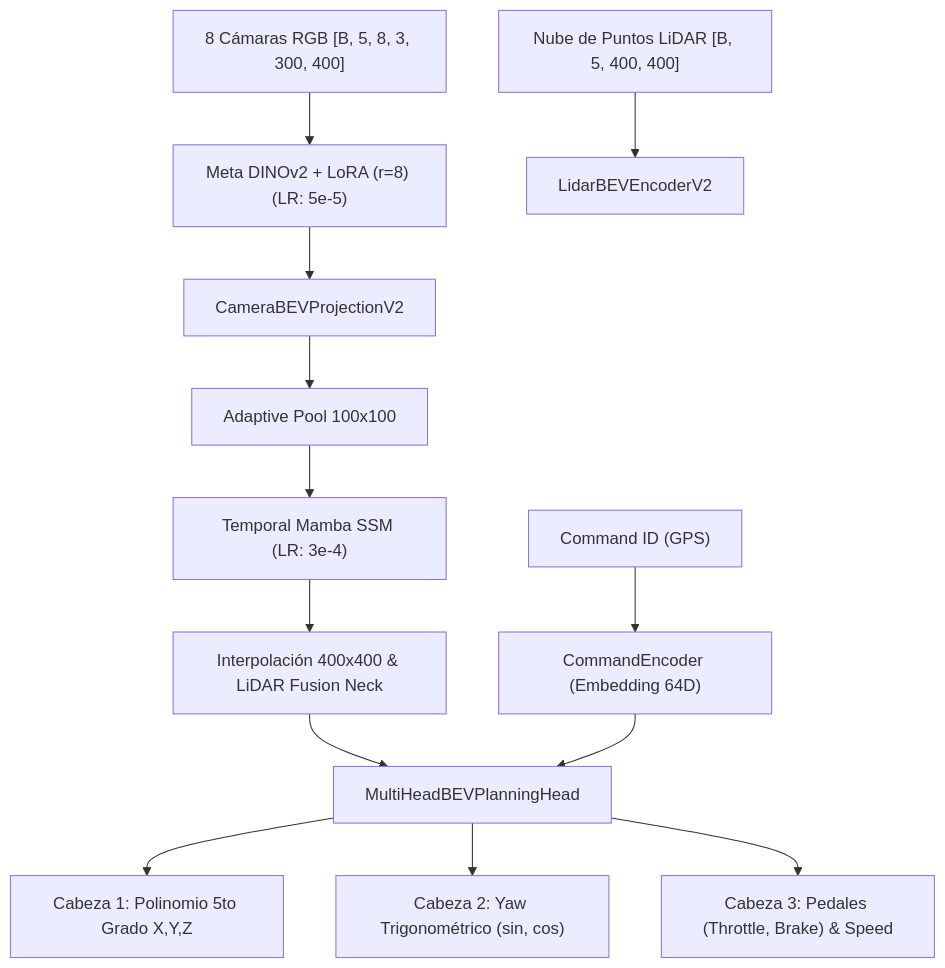
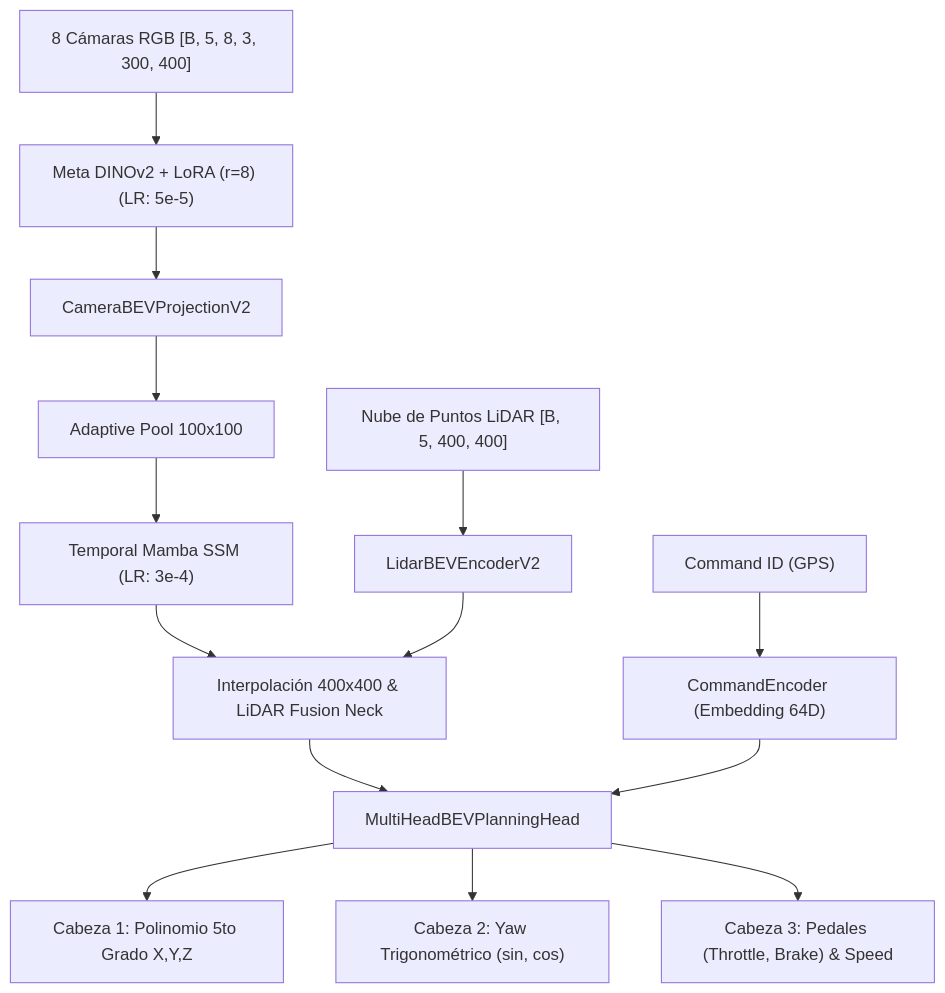
The diagram in experiments/Experiment4_NewFeatures/info.md (DiegoXAI-Shape/self-driving), drawn with Mermaid before and after one commit.

Commit message:
docs(experiments): Fix LidarBEVEncoderV2 connection in Experiment 4 info.md Mermaid diagram

````diff
--- a/experiments/Experiment4_NewFeatures/info.md
+++ b/experiments/Experiment4_NewFeatures/info.md
@@ -28,18 +28,19 @@
 ```mermaid
 graph TD
     A["8 Cámaras RGB [B, 5, 8, 3, 300, 400]"] --> B["Meta DINOv2 + LoRA (r=8) (LR: 5e-5)"]
     C["Nube de Puntos LiDAR [B, 5, 400, 400]"] --> D["LidarBEVEncoderV2"]
     E["Command ID (GPS)"] --> F["CommandEncoder (Embedding 64D)"]
     
     B --> G["CameraBEVProjectionV2"]
     G --> H["Adaptive Pool 100x100"]
     H --> I["Temporal Mamba SSM (LR: 3e-4)"]
     I --> J["Interpolación 400x400 & LiDAR Fusion Neck"]
+    D --> J
     
     J --> K["MultiHeadBEVPlanningHead"]
     F --> K
     
     K --> L["Cabeza 1: Polinomio 5to Grado X,Y,Z"]
     K --> M["Cabeza 2: Yaw Trigonométrico (sin, cos)"]
     K --> N["Cabeza 3: Pedales (Throttle, Brake) & Speed"]
 ```
````
